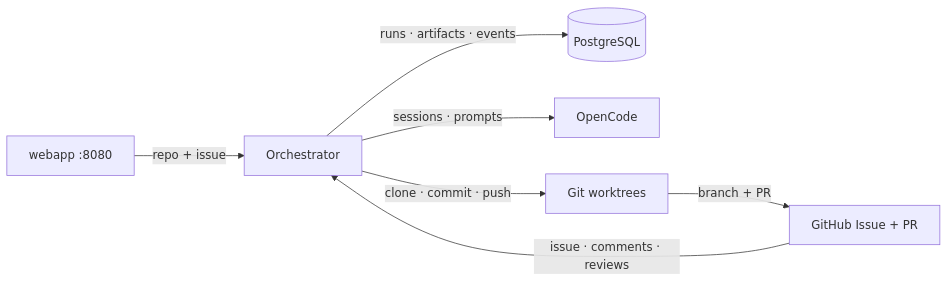
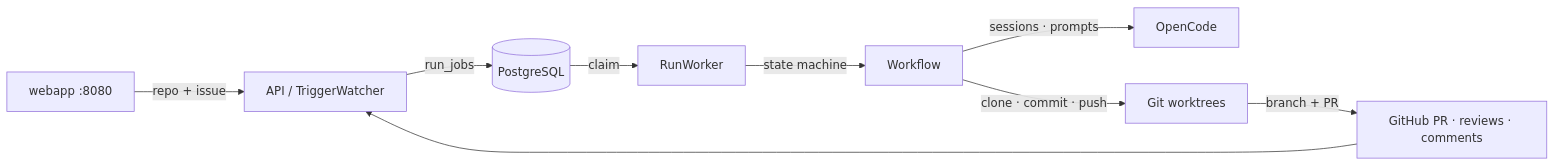
Before and after one commit to wyunreal/software-factory: the first of 2 diagrams in docs/architecture.md, drawn with Mermaid. The commit also changed other lines of this file and 66 other files, not shown here.

First line of the commit message:
feat: node runtime, next webapp and agent-owned repo work

````diff
--- a/docs/architecture.md
+++ b/docs/architecture.md
@@ -9,9 +10,11 @@
 ```mermaid
 flowchart LR
-  W["webapp :8080"] -->|repo + issue| O["Orchestrator"]
-  O -->|runs · artifacts · events| DB[("PostgreSQL")]
-  O -->|sessions · prompts| OC["OpenCode"]
-  O -->|clone · commit · push| G["Git worktrees"]
-  G -->|branch + PR| GH["GitHub Issue + PR"]
-  GH -->|issue · comments · reviews| O
+  W["webapp :8080"] -->|repo + issue| O["API / TriggerWatcher"]
+  GH["GitHub PR · reviews · comments"] --> O
+  O -->|run_jobs| Q[("PostgreSQL")]
+  Q -->|claim| R["RunWorker"]
+  R -->|state machine| WF["Workflow"]
+  WF -->|sessions · prompts| OC["OpenCode"]
+  WF -->|clone · commit · push| G["Git worktrees"]
+  G -->|branch + PR| GH
 ```
````
